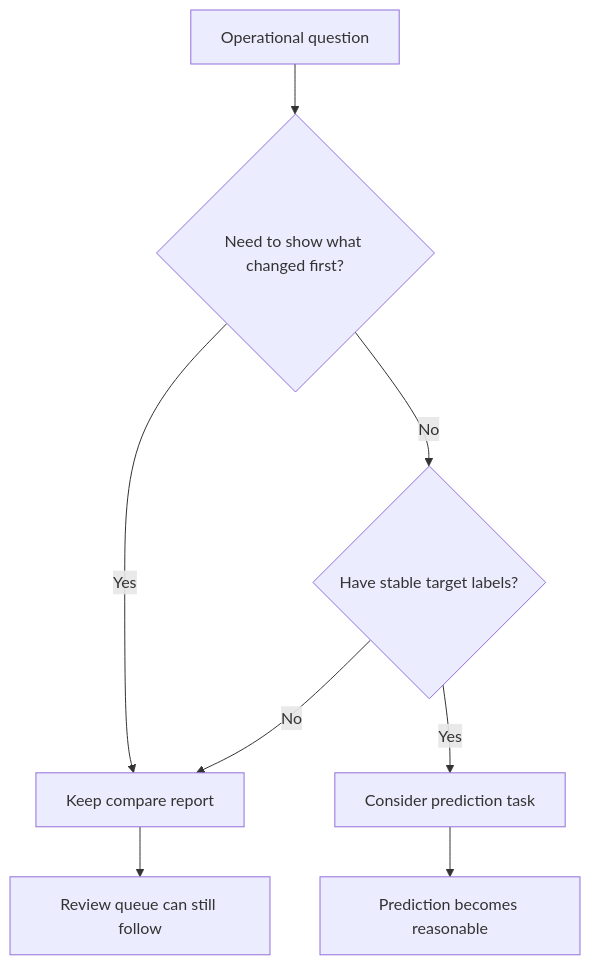
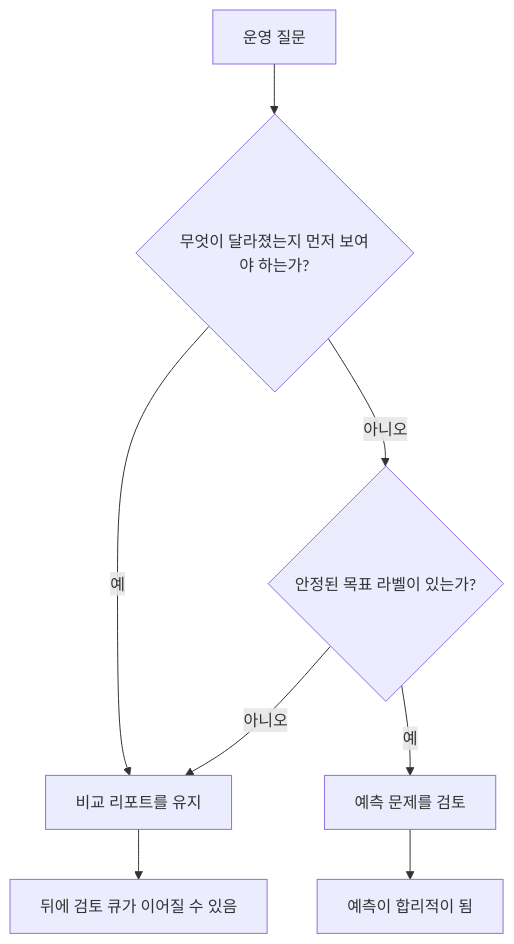
Before and after one commit to devchan64/AiBook: the diagram in docs/parts/part-03/chapter-09/section-02.md, drawn with Mermaid. The commit also changed 45 other files, not shown here.

Commit message:
docs: localize part 3 mermaid diagrams

````diff
--- a/docs/parts/part-03/chapter-09/section-02.md
+++ b/docs/parts/part-03/chapter-09/section-02.md
@@ -54,12 +54,12 @@
 ```mermaid
 flowchart TD
-    A[Operational question]
-    A --> B{Need to show what changed first?}
-    B -->|Yes| C[Keep compare report]
-    B -->|No| D{Have stable target labels?}
-    D -->|No| C
-    D -->|Yes| E[Consider prediction task]
+    A[운영 질문]
+    A --> B{무엇이 달라졌는지 먼저 보여야 하는가?}
+    B -->|예| C[비교 리포트를 유지]
+    B -->|아니오| D{안정된 목표 라벨이 있는가?}
+    D -->|아니오| C
+    D -->|예| E[예측 문제를 검토]
 
-    C --> F[Review queue can still follow]
-    E --> G[Prediction becomes reasonable]
+    C --> F[뒤에 검토 큐가 이어질 수 있음]
+    E --> G[예측이 합리적이 됨]
 ```
````
